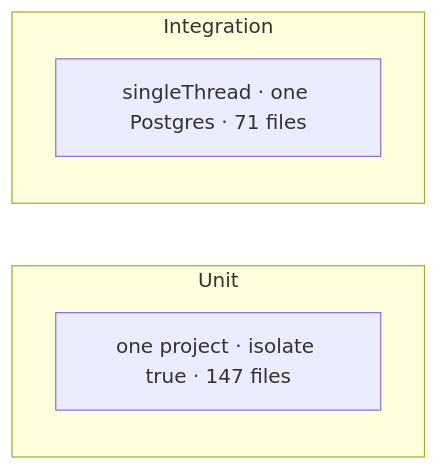
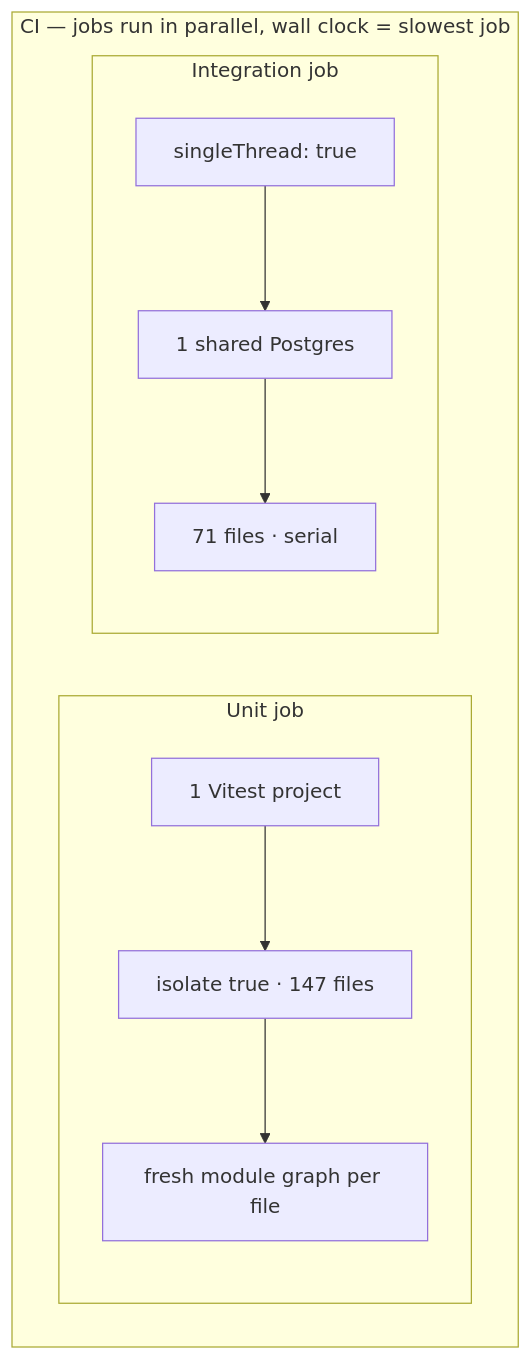
Before and after one commit to opengovsg/plumber: the first of 2 diagrams in docs/blog-speeding-up-vitest-tests.md, drawn with Mermaid. The commit also changed other lines of this file, not shown here.

First line of the commit message:
docs: clarify before/after CI diagrams with exact file counts

````diff
--- a/docs/blog-speeding-up-vitest-tests.md
+++ b/docs/blog-speeding-up-vitest-tests.md
@@ -50,10 +50,22 @@
 ```mermaid
-flowchart LR
-  subgraph unit_before ["Unit"]
-    U["one project · isolate true · 147 files"]
-  end
+flowchart TB
+  subgraph ci ["CI — jobs run in parallel, wall clock = slowest job"]
+    direction LR
 
-  subgraph int_before ["Integration"]
-    I["singleThread · one Postgres · 71 files"]
+    subgraph unit ["Unit job"]
+      direction TB
+      U1["1 Vitest project"]
+      U2["isolate true · 147 files"]
+      U3["fresh module graph per file"]
+      U1 --> U2 --> U3
+    end
+
+    subgraph int ["Integration job"]
+      direction TB
+      I1["singleThread: true"]
+      I2["1 shared Postgres"]
+      I3["71 files · serial"]
+      I1 --> I2 --> I3
+    end
   end
 ```
````
